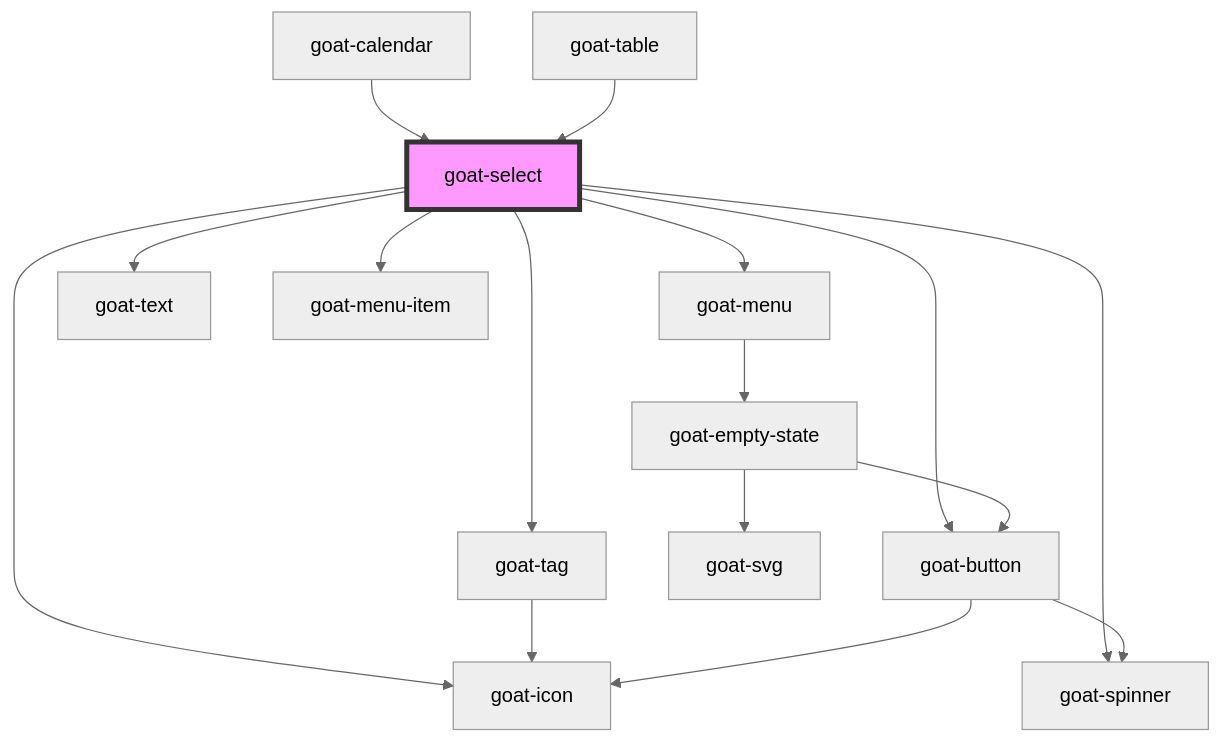
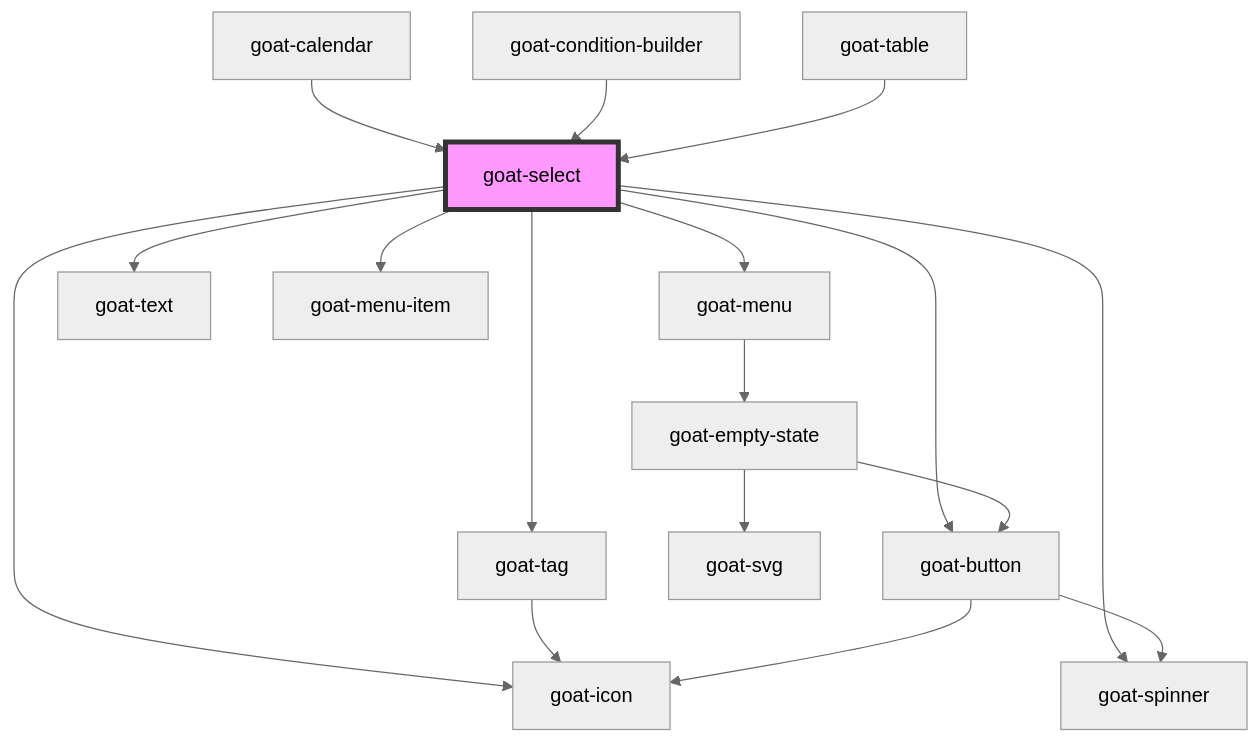
The diagram in src/components/data-entry/select/readme.md (goatui/components), drawn with Mermaid (neutral theme) before and after one commit. The commit also changed other lines of this file and 21 other files, not shown here.

Commit message:
condition builder initial commit + button index fix.

````diff
--- a/src/components/data-entry/select/readme.md
+++ b/src/components/data-entry/select/readme.md
@@ -94,19 +96,20 @@
 ```mermaid
 graph TD;
   goat-select --> goat-icon
   goat-select --> goat-tag
   goat-select --> goat-button
   goat-select --> goat-spinner
   goat-select --> goat-menu
   goat-select --> goat-text
   goat-select --> goat-menu-item
   goat-tag --> goat-icon
   goat-button --> goat-icon
   goat-button --> goat-spinner
   goat-menu --> goat-empty-state
   goat-empty-state --> goat-svg
   goat-empty-state --> goat-button
   goat-calendar --> goat-select
+  goat-condition-builder --> goat-select
   goat-table --> goat-select
   style goat-select fill:#f9f,stroke:#333,stroke-width:4px
 ```
````
